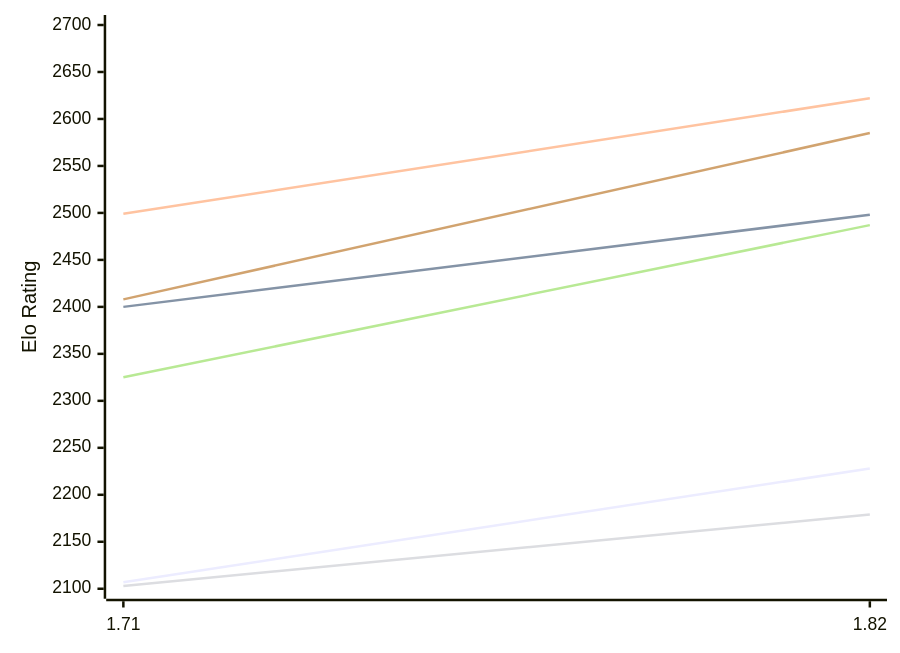
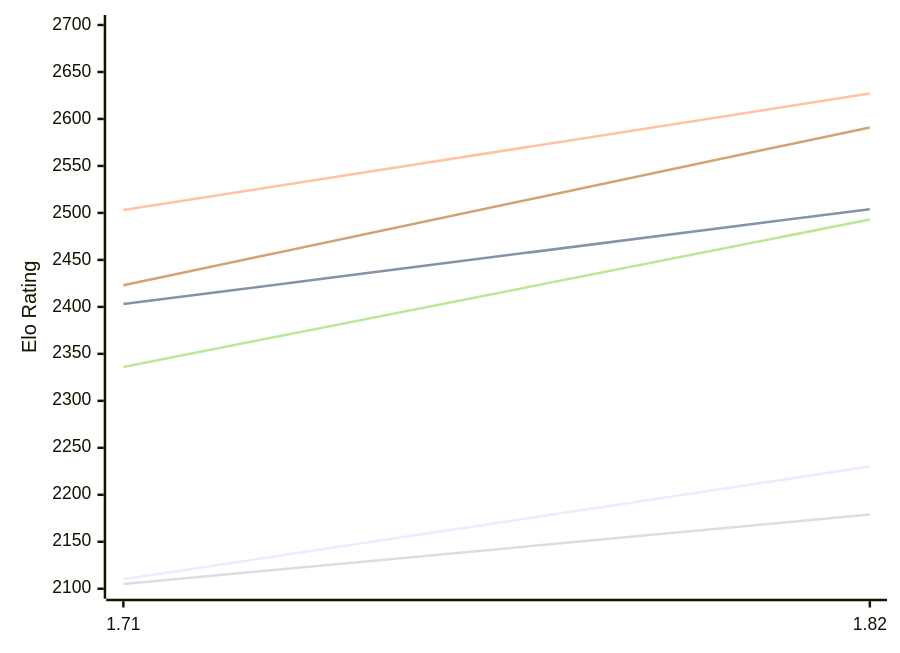
One commit to computer-chess-index/cci changed the first of 2 diagrams in engines/Amira.md. Above: the diagram before and after it, drawn with Mermaid. The commit also changed other lines of this file, not shown here.

Commit message:
Update CCI Ratings (ELO VLTC) - 2026-11-20

````diff
--- a/engines/Amira.md
+++ b/engines/Amira.md
@@ -50,12 +50,12 @@
 ```mermaid
 %%{init: {"theme":"base","themeVariables":{"seriesColors:['#a3a3a3','#222221','#faa371']}}}%%
 xychart-beta
   x-axis ["1.71", "1.82"]
   y-axis "Elo Rating" 2100 --> 2700
-  line "E1: STC (8.0+0.08s)" [2107, 2228]
-  line "E1: LTC (60.0+0.60s)" [2400, 2498]
-  line "E1: VLTC (2m24s+1.12s)" [2499, 2622]
-  line "P1: STC (8.0+0.08s)" [2103, 2179]
-  line "P1: LTC (60.0+0.60s)" [2325, 2487]
-  line "P1: VLTC (2m24s+1.12s)" [2408, 2585]
+  line "E1: STC (8.0+0.08s)" [2110, 2230]
+  line "E1: LTC (60.0+0.60s)" [2403, 2504]
+  line "E1: VLTC (2m24s+1.12s)" [2503, 2627]
+  line "P1: STC (8.0+0.08s)" [2105, 2179]
+  line "P1: LTC (60.0+0.60s)" [2336, 2493]
+  line "P1: VLTC (2m24s+1.12s)" [2423, 2591]
 ```
````
